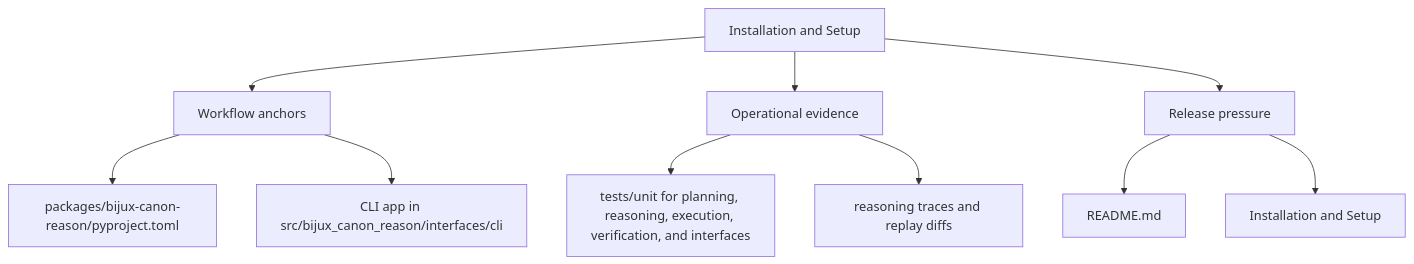
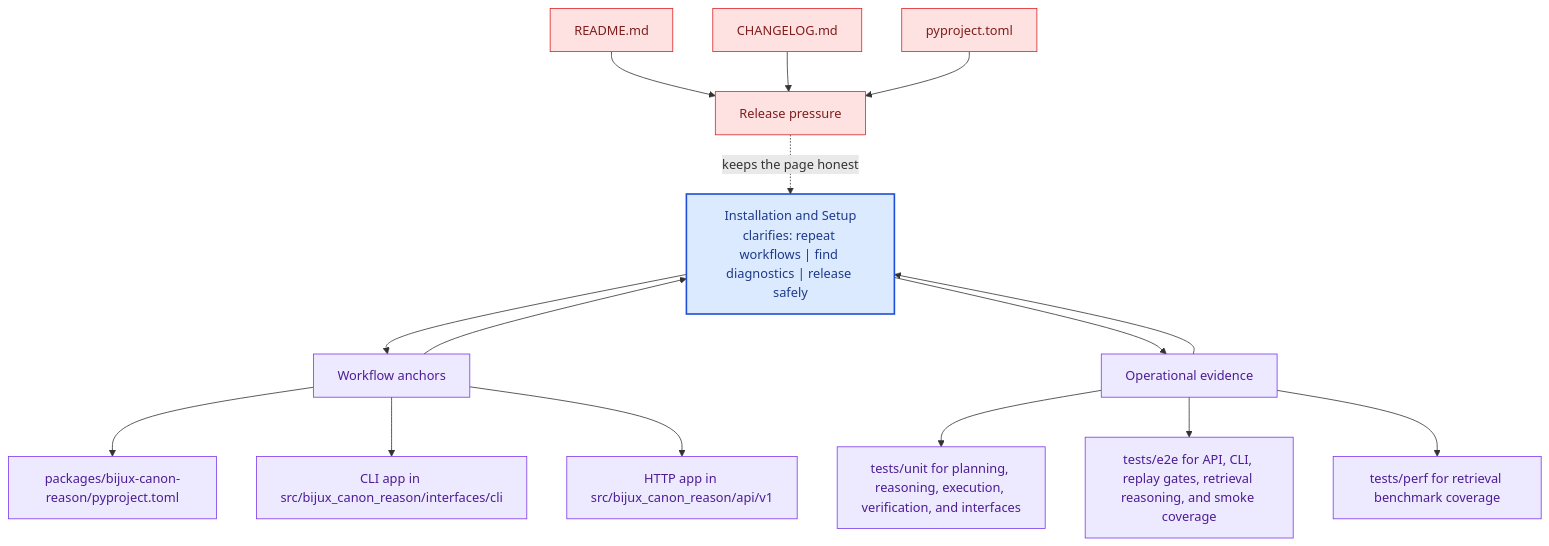
The second of 2 diagrams in docs/bijux-canon-reason/operations/installation-and-setup.md (bijux/bijux-canon), drawn with Mermaid before and after one commit. The commit also changed other lines of this file and 281 other files, not shown here.

Commit message:
docs(diagrams): deepen handbook mermaid maps across the catalog

````diff
--- a/docs/bijux-canon-reason/operations/installation-and-setup.md
+++ b/docs/bijux-canon-reason/operations/installation-and-setup.md
@@ -35,22 +68,41 @@
 ```mermaid
-flowchart TD
-    page["Installation and Setup"]
+flowchart TB
+    promise["Installation and Setup<br/>clarifies: repeat workflows | find diagnostics | release safely"]
+    classDef promise fill:#dbeafe,stroke:#1d4ed8,color:#1e3a8a,stroke-width:2px;
+    classDef driver fill:#dcfce7,stroke:#16a34a,color:#14532d;
+    classDef constraint fill:#fee2e2,stroke:#dc2626,color:#7f1d1d;
+    classDef ground fill:#ede9fe,stroke:#7c3aed,color:#4c1d95;
     focus1["Workflow anchors"]
-    page --> focus1
+    focus1 --> promise
+    promise --> focus1
     focus1_1["packages/bijux-canon-reason/pyproject.toml"]
     focus1 --> focus1_1
     focus1_2["CLI app in src/bijux_canon_reason/interfaces/cli"]
     focus1 --> focus1_2
+    focus1_3["HTTP app in src/bijux_canon_reason/api/v1"]
+    focus1 --> focus1_3
+    class focus1 ground;
+    class focus1_1,focus1_2,focus1_3 ground;
     focus2["Operational evidence"]
-    page --> focus2
+    focus2 --> promise
+    promise --> focus2
     focus2_1["tests/unit for planning, reasoning, execution, verification, and interfaces"]
     focus2 --> focus2_1
-    focus2_2["reasoning traces and replay diffs"]
+    focus2_2["tests/e2e for API, CLI, replay gates, retrieval reasoning, and smoke coverage"]
     focus2 --> focus2_2
+    focus2_3["tests/perf for retrieval benchmark coverage"]
+    focus2 --> focus2_3
+    class focus2 ground;
+    class focus2_1,focus2_2,focus2_3 ground;
     focus3["Release pressure"]
-    page --> focus3
+    focus3 -.keeps the page honest.-> promise
     focus3_1["README.md"]
-    focus3 --> focus3_1
-    focus3_2["Installation and Setup"]
-    focus3 --> focus3_2
+    focus3_1 --> focus3
+    focus3_2["CHANGELOG.md"]
+    focus3_2 --> focus3
+    focus3_3["pyproject.toml"]
+    focus3_3 --> focus3
+    class focus3 constraint;
+    class focus3_1,focus3_2,focus3_3 constraint;
+    class promise promise;
 ```
````
